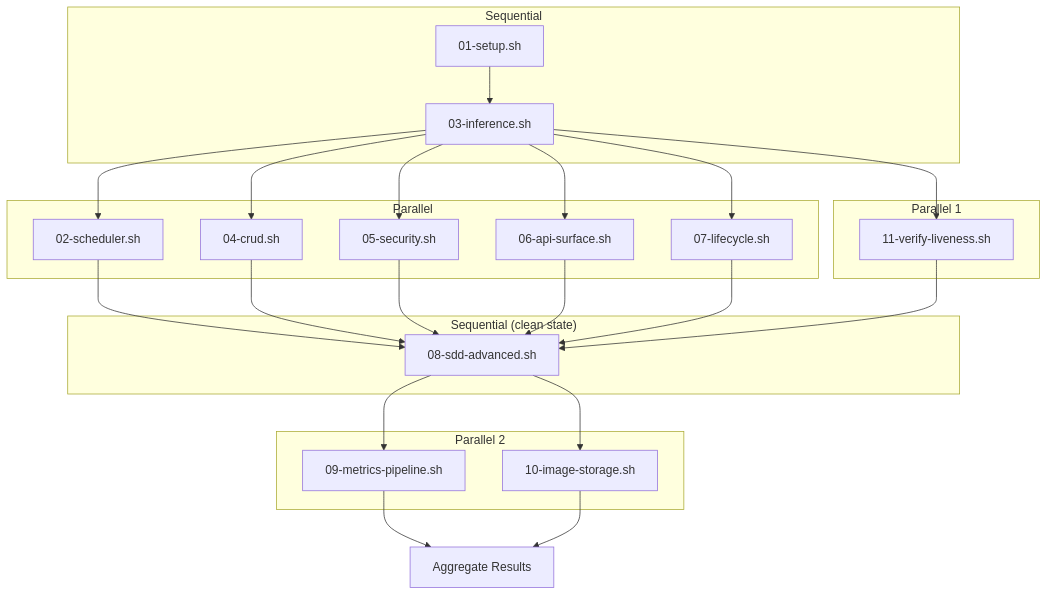
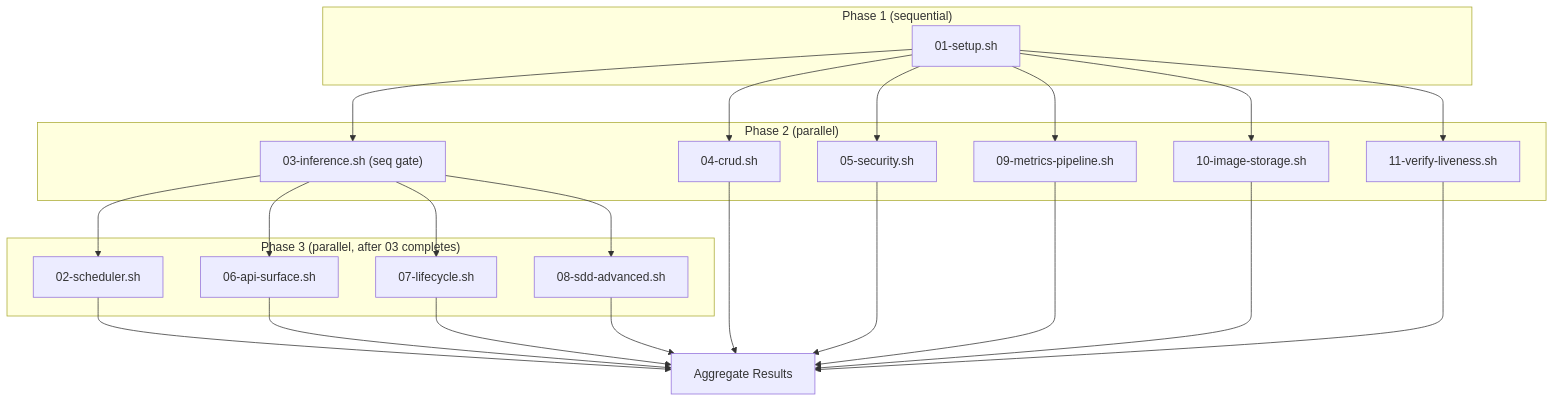
Before and after one commit to beegy-labs/veronex: the first of 10 diagrams in scripts/e2e/README.md, drawn with Mermaid. The commit also changed other lines of this file and 4 other files, not shown here.

````diff
--- a/scripts/e2e/README.md
+++ b/scripts/e2e/README.md
@@ -23,40 +23,26 @@
 ```mermaid
 flowchart TD
-    subgraph "Sequential"
+    subgraph "Phase 1 (sequential)"
         S01["01-setup.sh"]
-        S03["03-inference.sh"]
-        S01 --> S03
     end
 
-    subgraph "Parallel"
-        P02["02-scheduler.sh"]
+    subgraph "Phase 2 (parallel)"
+        S03["03-inference.sh (seq gate)"]
         P04["04-crud.sh"]
         P05["05-security.sh"]
-        P06["06-api-surface.sh"]
-        P07["07-lifecycle.sh"]
-    end
-
-    subgraph "Sequential (clean state)"
-        S08["08-sdd-advanced.sh"]
-    end
-
-    S03 --> P02 & P04 & P05 & P06 & P07 & P11
-    P02 & P04 & P05 & P06 & P07 & P11 --> S08
-
-    subgraph "Parallel 1"
-        P02["02-scheduler.sh"]
-        P04["04-crud.sh"]
-        P05["05-security.sh"]
-        P06["06-api-surface.sh"]
-        P07["07-lifecycle.sh"]
+        P09["09-metrics-pipeline.sh"]
+        P10["10-image-storage.sh"]
         P11["11-verify-liveness.sh"]
     end
 
-    subgraph "Parallel 2"
-        P09["09-metrics-pipeline.sh"]
-        P10["10-image-storage.sh"]
+    subgraph "Phase 3 (parallel, after 03 completes)"
+        P02["02-scheduler.sh"]
+        P06["06-api-surface.sh"]
+        P07["07-lifecycle.sh"]
+        P08["08-sdd-advanced.sh"]
     end
 
-    S08 --> P09 & P10
-    P09 & P10 --> Result["Aggregate Results"]
+    S01 --> S03 & P04 & P05 & P09 & P10 & P11
+    S03 --> P02 & P06 & P07 & P08
+    P02 & P04 & P05 & P06 & P07 & P08 & P09 & P10 & P11 --> Result["Aggregate Results"]
 ```
````
